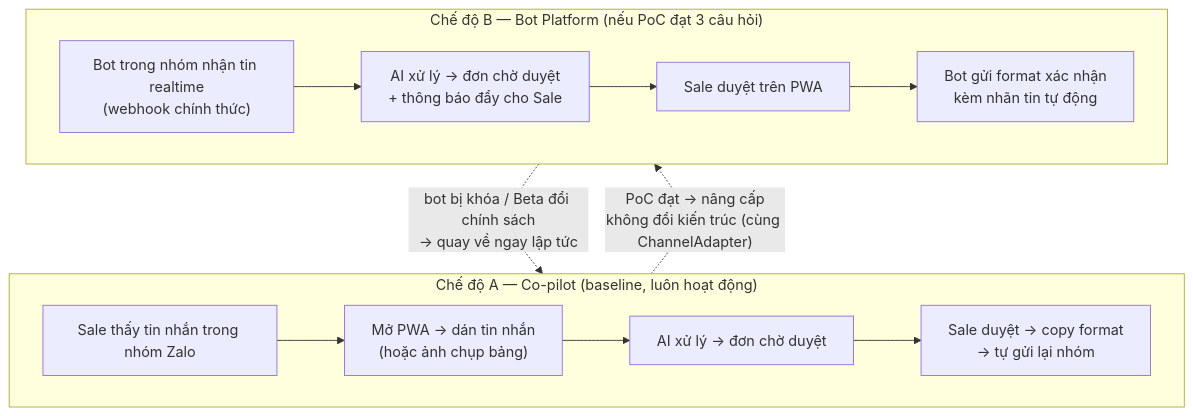
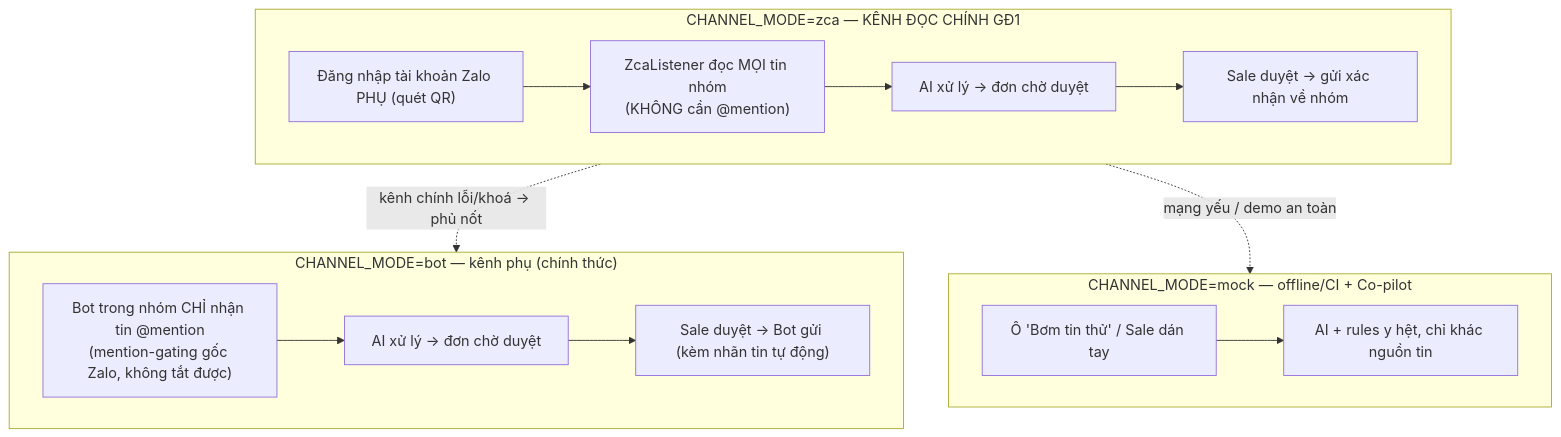
Before and after one commit to phungtienviet14-sketch/nexagnet-platform: the eighth of 8 diagrams in docs/so-do-he-thong.md, drawn with Mermaid. The commit also changed other lines of this file and 8 other files, not shown here.

````diff
--- a/docs/so-do-he-thong.md
+++ b/docs/so-do-he-thong.md
@@ -281,17 +287,20 @@
 ```mermaid
 flowchart TB
-    subgraph COP["Chế độ A — Co-pilot (baseline, luôn hoạt động)"]
-        S1["Sale thấy tin nhắn trong nhóm Zalo"] --> S2["Mở PWA → dán tin nhắn<br/>(hoặc ảnh chụp bảng)"]
-        S2 --> S3["AI xử lý → đơn chờ duyệt"]
-        S3 --> S4["Sale duyệt → copy format<br/>→ tự gửi lại nhóm"]
+    subgraph ZCA["CHANNEL_MODE=zca — KÊNH ĐỌC CHÍNH GĐ1"]
+        Z1["Đăng nhập tài khoản Zalo PHỤ (quét QR)"] --> Z2["ZcaListener đọc MỌI tin nhóm<br/>(KHÔNG cần @mention)"]
+        Z2 --> Z3["AI xử lý → đơn chờ duyệt"]
+        Z3 --> Z4["Sale duyệt → gửi xác nhận về nhóm"]
     end
 
-    subgraph BOTM["Chế độ B — Bot Platform (nếu PoC đạt 3 câu hỏi)"]
-        T1["Bot trong nhóm nhận tin realtime<br/>(webhook chính thức)"] --> T2["AI xử lý → đơn chờ duyệt<br/>+ thông báo đẩy cho Sale"]
-        T2 --> T3["Sale duyệt trên PWA"]
-        T3 --> T4["Bot gửi format xác nhận<br/>kèm nhãn tin tự động"]
+    subgraph BOTM["CHANNEL_MODE=bot — kênh phụ (chính thức)"]
+        T1["Bot trong nhóm CHỈ nhận tin @mention<br/>(mention-gating gốc Zalo, không tắt được)"] --> T2["AI xử lý → đơn chờ duyệt"]
+        T2 --> T3["Sale duyệt → Bot gửi (kèm nhãn tin tự động)"]
     end
 
-    COP -.->|"PoC đạt → nâng cấp<br/>không đổi kiến trúc (cùng ChannelAdapter)"| BOTM
-    BOTM -.->|"bot bị khóa / Beta đổi chính sách<br/>→ quay về ngay lập tức"| COP
+    subgraph MOCKM["CHANNEL_MODE=mock — offline/CI + Co-pilot"]
+        M1["Ô 'Bơm tin thử' / Sale dán tay"] --> M2["AI + rules y hệt, chỉ khác nguồn tin"]
+    end
+
+    ZCA -.->|"kênh chính lỗi/khoá → phủ nốt"| BOTM
+    ZCA -.->|"mạng yếu / demo an toàn"| MOCKM
 ```
````
